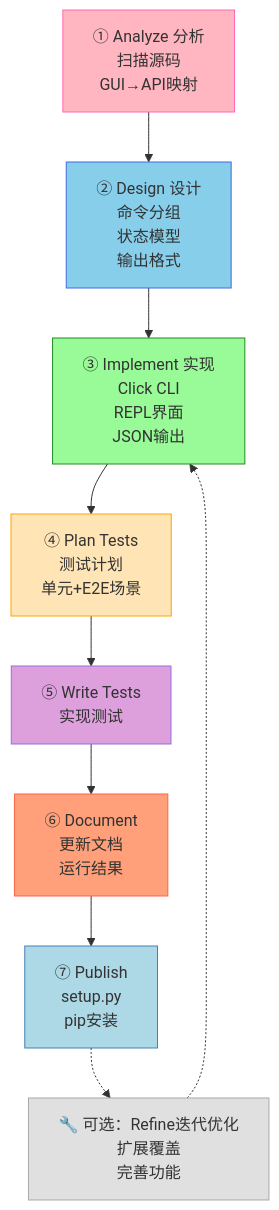
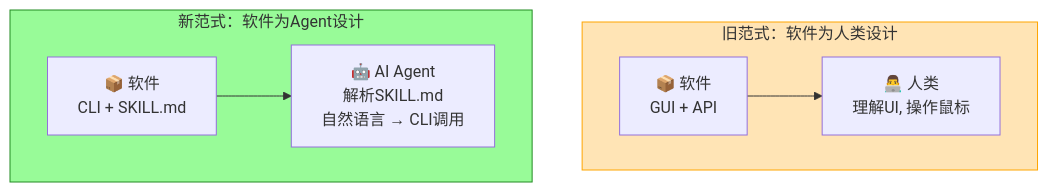
One commit to xuqi2024/xuqi2024.github.io changed the third of 15 diagrams in source/_posts/2026-04-15-cli-anything-analysis.md. Above: the diagram before and after it, drawn with Mermaid. The commit also changed other lines of this file, not shown here.

Commit message:
更新: CLI-Anything深度解析 - 更深刻分析+详细未来展望

````diff
--- a/source/_posts/2026-04-15-cli-anything-analysis.md
+++ b/source/_posts/2026-04-15-cli-anything-analysis.md
@@ -135,25 +99,18 @@
 ```mermaid
 flowchart TB
-    phase1["① Analyze 分析<br/>扫描源码<br/>GUI→API映射"]
-    phase2["② Design 设计<br/>命令分组<br/>状态模型<br/>输出格式"]
-    phase3["③ Implement 实现<br/>Click CLI<br/>REPL界面<br/>JSON输出"]
-    phase4["④ Plan Tests<br/>测试计划<br/>单元+E2E场景"]
-    phase5["⑤ Write Tests<br/>实现测试"]
-    phase6["⑥ Document<br/>更新文档<br/>运行结果"]
-    phase7["⑦ Publish<br/>setup.py<br/>pip安装"]
+    subgraph 旧范式["旧范式：软件为人类设计"]
+        OLD_SW["📦 软件<br/>GUI + API"]
+        OLD_HUMAN["👨‍💻 人类<br/>理解UI, 操作鼠标"]
+    end
     
-    refine["🔧 可选：Refine迭代优化<br/>扩展覆盖<br/>完善功能"]
+    subgraph 新范式["新范式：软件为Agent设计"]
+        NEW_SW["📦 软件<br/>CLI + SKILL.md"]
+        NEW_AGENT["🤖 AI Agent<br/>解析SKILL.md<br/>自然语言 → CLI调用"]
+    end
     
-    phase1 --> phase2 --> phase3 --> phase4 --> phase5 --> phase6 --> phase7
-    phase7 -.-> refine
-    refine -.-> phase3
+    OLD_SW --> OLD_HUMAN
+    NEW_SW --> NEW_AGENT
     
-    style phase1 fill:#FFB6C1,stroke:#FF69B4
-    style phase2 fill:#87CEEB,stroke:#4169E1
-    style phase3 fill:#98FB98,stroke:#228B22
-    style phase4 fill:#FFE4B5,stroke:#FFA500
-    style phase5 fill:#DDA0DD,stroke:#9370DB
-    style phase6 fill:#FFA07A,stroke:#FF6347
-    style phase7 fill:#ADD8E6,stroke:#4682B4
-    style refine fill:#E0E0E0,stroke:#A9A9A9
+    style 旧范式 fill:#FFE4B5,stroke:#FFA500
+    style 新范式 fill:#98FB98,stroke:#228B22
 ```
````
